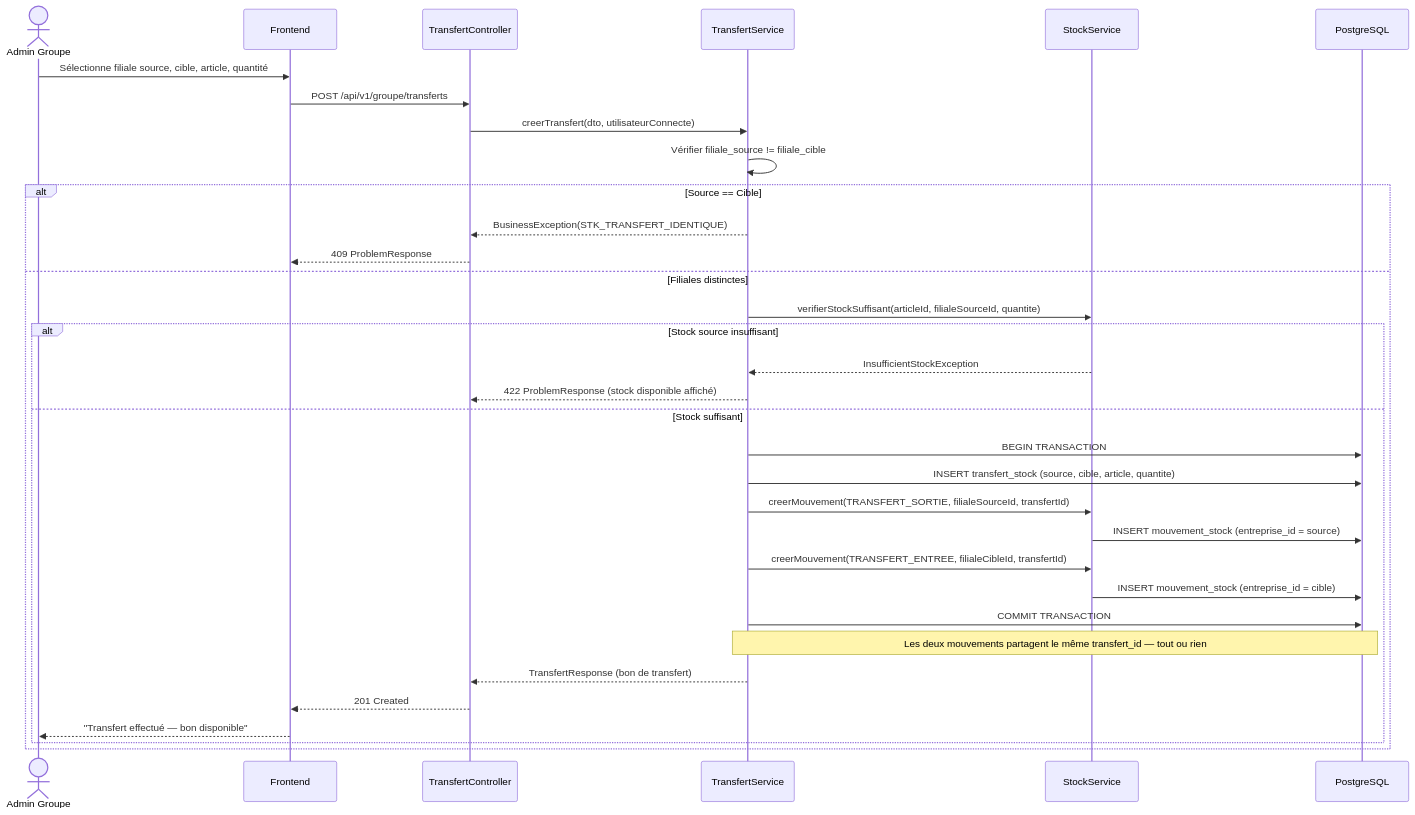
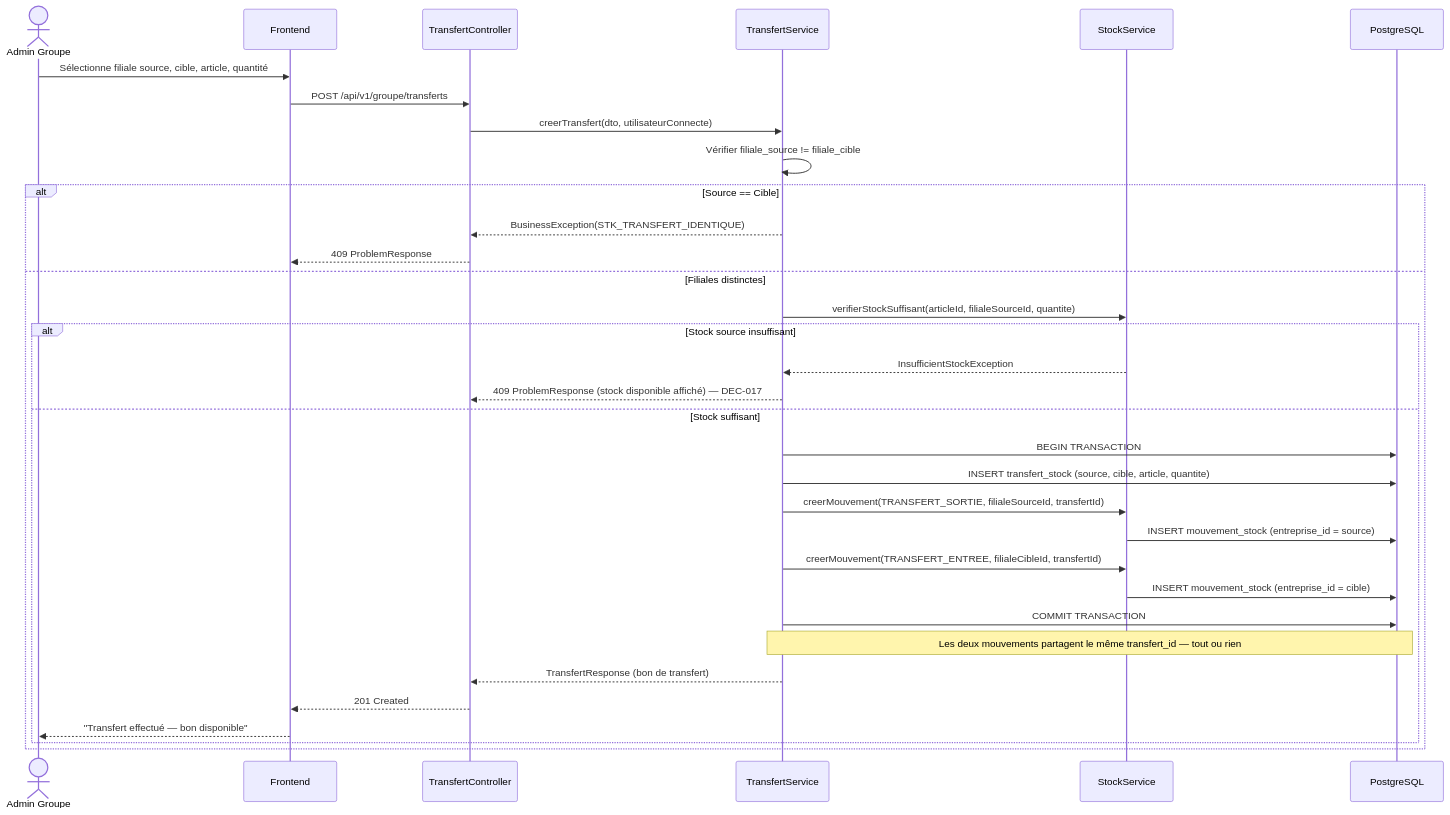
The fourth of 5 diagrams in document/01-architecture/GS-SEQ-2026-01_diagrammes_sequence.md (ulruchdev/gestion_de_stok_multifiliale), drawn with Mermaid before and after one commit. The commit also changed other lines of this file and 6 other files, not shown here.

````diff
--- a/document/01-architecture/GS-SEQ-2026-01_diagrammes_sequence.md
+++ b/document/01-architecture/GS-SEQ-2026-01_diagrammes_sequence.md
@@ -159,36 +159,36 @@
 ```mermaid
 sequenceDiagram
     actor AG as Admin Groupe
     participant FE as Frontend
     participant API as TransfertController
     participant SVC as TransfertService
     participant STK as StockService
     participant DB as PostgreSQL
 
     AG->>FE: Sélectionne filiale source, cible, article, quantité
     FE->>API: POST /api/v1/groupe/transferts
     API->>SVC: creerTransfert(dto, utilisateurConnecte)
     SVC->>SVC: Vérifier filiale_source != filiale_cible
     alt Source == Cible
         SVC-->>API: BusinessException(STK_TRANSFERT_IDENTIQUE)
         API-->>FE: 409 ProblemResponse
     else Filiales distinctes
         SVC->>STK: verifierStockSuffisant(articleId, filialeSourceId, quantite)
         alt Stock source insuffisant
             STK-->>SVC: InsufficientStockException
-            SVC-->>API: 422 ProblemResponse (stock disponible affiché)
+            SVC-->>API: 409 ProblemResponse (stock disponible affiché) — DEC-017
         else Stock suffisant
             SVC->>DB: BEGIN TRANSACTION
             SVC->>DB: INSERT transfert_stock (source, cible, article, quantite)
             SVC->>STK: creerMouvement(TRANSFERT_SORTIE, filialeSourceId, transfertId)
             STK->>DB: INSERT mouvement_stock (entreprise_id = source)
             SVC->>STK: creerMouvement(TRANSFERT_ENTREE, filialeCibleId, transfertId)
             STK->>DB: INSERT mouvement_stock (entreprise_id = cible)
             SVC->>DB: COMMIT TRANSACTION
             Note over SVC,DB: Les deux mouvements partagent le même transfert_id — tout ou rien
             SVC-->>API: TransfertResponse (bon de transfert)
             API-->>FE: 201 Created
             FE-->>AG: "Transfert effectué — bon disponible"
         end
     end
 ```
````
